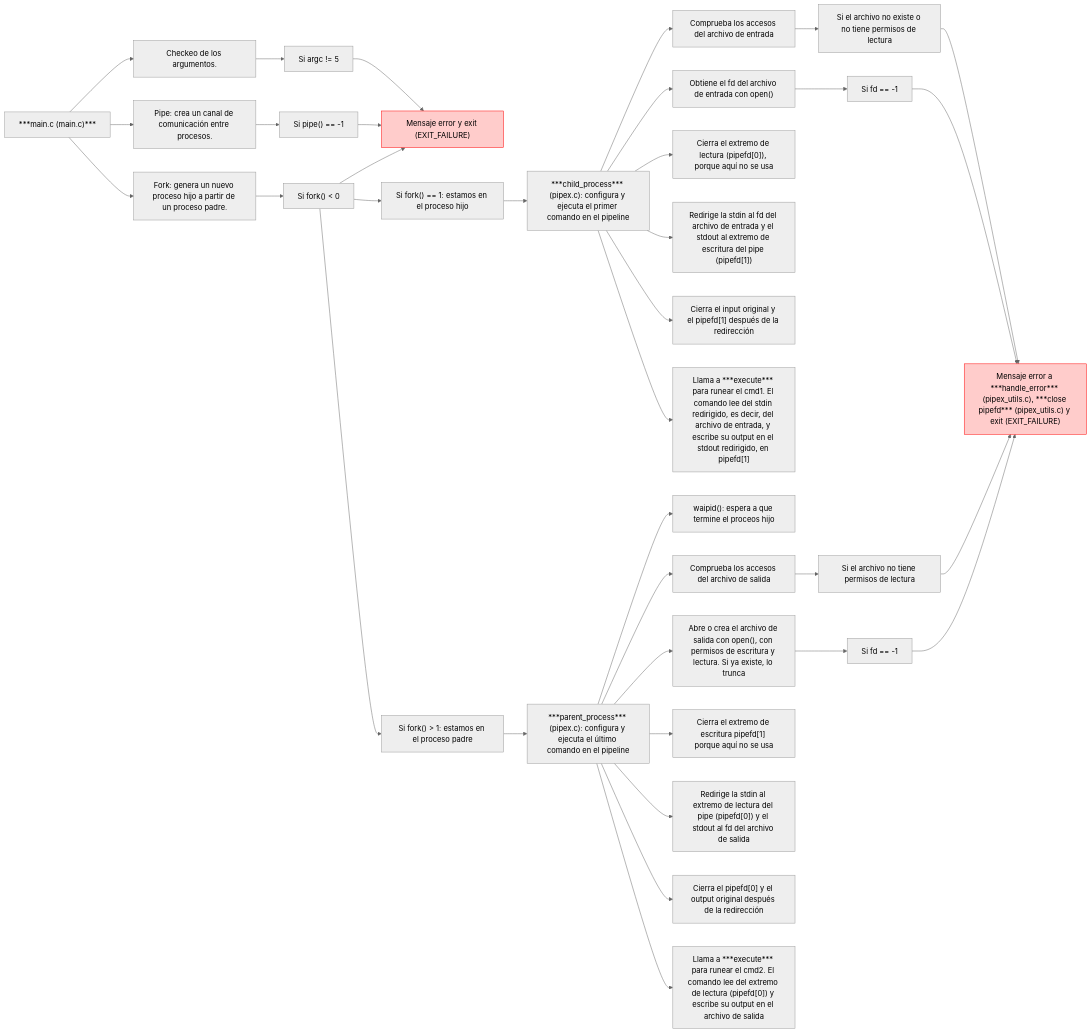
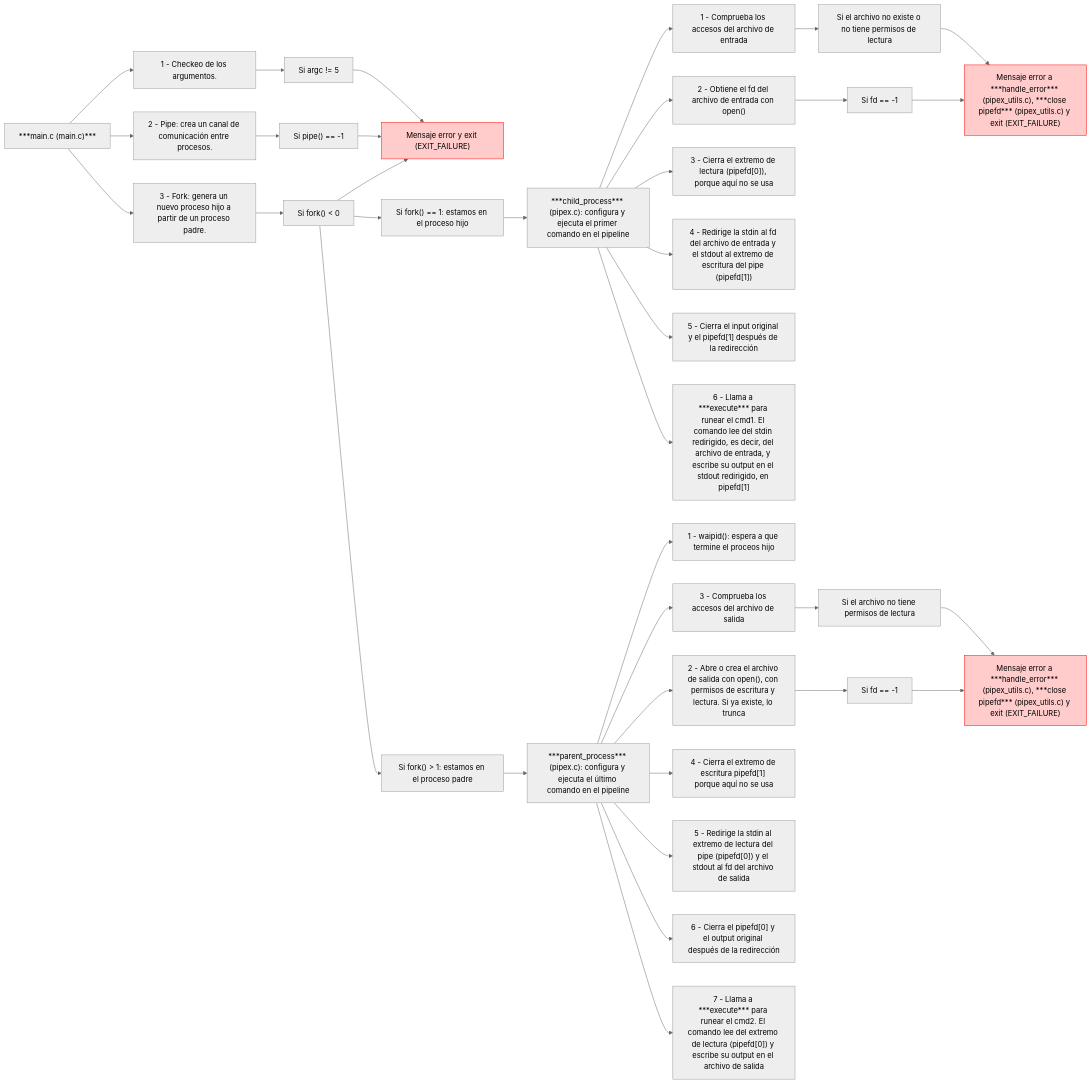
The first of 3 diagrams in README.md (AnaMac3/42-pipex), drawn with Mermaid (neutral theme) before and after one commit. The commit also changed other lines of this file, not shown here.

````diff
--- a/README.md
+++ b/README.md
@@ -176,41 +176,42 @@
 ```mermaid
 graph LR;
-    A["***main.c (main.c)***"] --> B["Checkeo de los argumentos."];
+    A["***main.c (main.c)***"] --> B["1 - Checkeo de los argumentos."];
     B --> C["Si argc != 5"];
     C --> D["Mensaje error y exit (EXIT_FAILURE)"];
-    A --> E["Pipe: crea un canal de comunicación entre procesos."];
+    A --> E["2 - Pipe: crea un canal de comunicación entre procesos."];
     E --> F["Si pipe() == -1"];
     F --> D;
-    A --> G["Fork: genera un nuevo proceso hijo a partir de un proceso padre."];
+    A --> G["3 - Fork: genera un nuevo proceso hijo a partir de un proceso padre."];
     G --> H["Si fork() < 0"];
     H --> D;
     H --> I["Si fork() == 1: estamos en el proceso hijo"];
     I --> J["***child_process*** (pipex.c): configura y ejecuta el primer comando en el pipeline"];
     H --> K["Si fork() > 1: estamos en el proceso padre"];
     K --> L["***parent_process*** (pipex.c): configura y ejecuta el último comando en el pipeline"];
-    J --> M["Comprueba los accesos del archivo de entrada"];
+    J --> M["1 - Comprueba los accesos del archivo de entrada"];
     M --> N["Si el archivo no existe o no tiene permisos de lectura"];
     N --> Q["Mensaje error a ***handle_error*** (pipex_utils.c), ***close pipefd*** (pipex_utils.c) y exit (EXIT_FAILURE)"];
-    J --> O["Obtiene el fd del archivo de entrada con open()"];
+    J --> O["2 - Obtiene el fd del archivo de entrada con open()"];
     O --> P["Si fd == -1"];
     P --> Q;
-    J --> R["Cierra el extremo de lectura (pipefd[0]), porque aquí no se usa"];
-    J --> S["Redirige la stdin al fd del archivo de entrada y el stdout al extremo de escritura del pipe (pipefd[1])"];
-    J --> T["Cierra el input original y el pipefd[1] después de la redirección"];
-    J --> U["Llama a ***execute*** para runear el cmd1. El comando lee del stdin redirigido, es decir, del archivo de entrada, y escribe su output en el stdout redirigido, en pipefd[1]"];
-    L --> W["waipid(): espera a que termine el proceos hijo"];
-    L --> X["Abre o crea el archivo de salida con open(), con permisos de escritura y lectura. Si ya existe, lo trunca"];
-    L --> Y["Comprueba los accesos del archivo de salida"];
+    J --> R["3 - Cierra el extremo de lectura (pipefd[0]), porque aquí no se usa"];
+    J --> S["4 - Redirige la stdin al fd del archivo de entrada y el stdout al extremo de escritura del pipe (pipefd[1])"];
+    J --> T["5 - Cierra el input original y el pipefd[1] después de la redirección"];
+    J --> U["6 - Llama a ***execute*** para runear el cmd1. El comando lee del stdin redirigido, es decir, del archivo de entrada, y escribe su output en el stdout redirigido, en pipefd[1]"];
+    L --> W["1 - waipid(): espera a que termine el proceos hijo"];
+    L --> X["2 - Abre o crea el archivo de salida con open(), con permisos de escritura y lectura. Si ya existe, lo trunca"];
+    L --> Y["3 - Comprueba los accesos del archivo de salida"];
     Y --> Z["Si el archivo no tiene permisos de lectura"];
-    Z --> Q;
+    Z --> AF["Mensaje error a ***handle_error*** (pipex_utils.c), ***close pipefd*** (pipex_utils.c) y exit (EXIT_FAILURE)"];
     X --> AA["Si fd == -1"];
-    AA --> Q;
-    L --> AB["Cierra el extremo de escritura pipefd[1] porque aquí no se usa"];
-    L --> AC["Redirige la stdin al extremo de lectura del pipe (pipefd[0]) y el stdout al fd del archivo de salida"];
-    L --> AD["Cierra el pipefd[0] y el output original después de la redirección"];
-    L --> AE["Llama a ***execute*** para runear el cmd2. El comando lee del extremo de lectura (pipefd[0]) y escribe su output en el archivo de salida"];
+    AA --> AF;
+    L --> AB["4 - Cierra el extremo de escritura pipefd[1] porque aquí no se usa"];
+    L --> AC["5 - Redirige la stdin al extremo de lectura del pipe (pipefd[0]) y el stdout al fd del archivo de salida"];
+    L --> AD["6 - Cierra el pipefd[0] y el output original después de la redirección"];
+    L --> AE["7 - Llama a ***execute*** para runear el cmd2. El comando lee del extremo de lectura (pipefd[0]) y escribe su output en el archivo de salida"];
 
 style D fill:#ffcccb,stroke:#ff0000,stroke-width:1px
 style Q fill:#ffcccb,stroke:#ff0000,stroke-width:1px
+style AF fill:#ffcccb,stroke:#ff0000,stroke-width:1px
 
 ```
````
